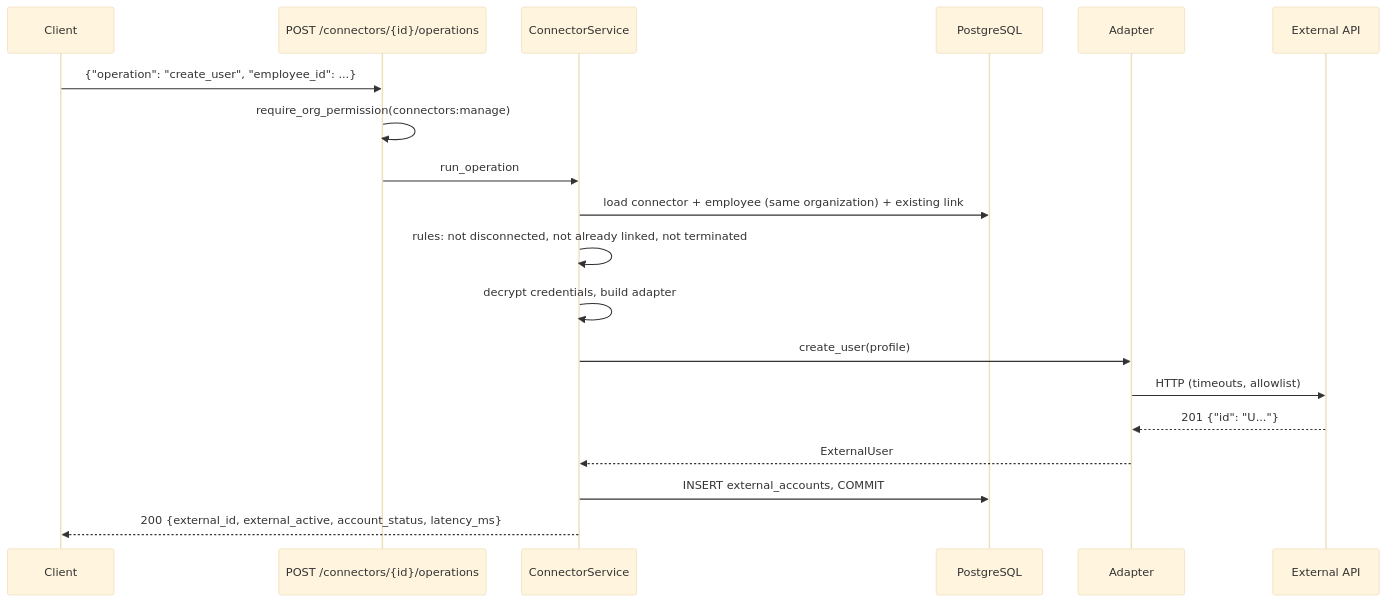
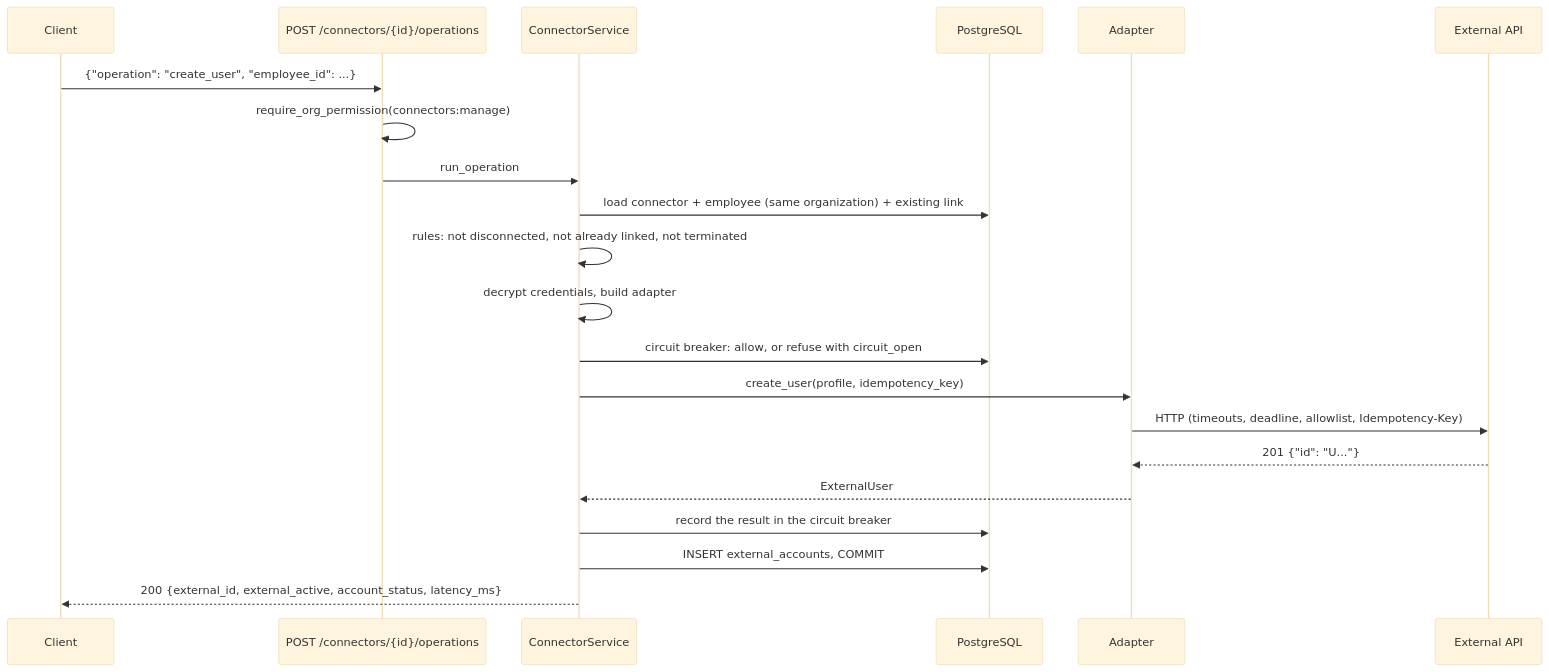
The fourth of 4 diagrams in docs/10-connector-framework.md (praneeth-srikurmadasu/syncforge), drawn with Mermaid (base theme) before and after one commit. The commit also changed other lines of this file and 22 other files, not shown here.

````diff
--- a/docs/10-connector-framework.md
+++ b/docs/10-connector-framework.md
@@ -278,22 +283,24 @@
 ```mermaid
 sequenceDiagram
     participant C as Client
     participant R as POST /connectors/{id}/operations
     participant S as ConnectorService
     participant DB as PostgreSQL
     participant A as Adapter
     participant X as External API
 
     C->>R: {"operation": "create_user", "employee_id": ...}
     R->>R: require_org_permission(connectors:manage)
     R->>S: run_operation
     S->>DB: load connector + employee (same organization) + existing link
     S->>S: rules: not disconnected, not already linked, not terminated
     S->>S: decrypt credentials, build adapter
-    S->>A: create_user(profile)
-    A->>X: HTTP (timeouts, allowlist)
+    S->>DB: circuit breaker: allow, or refuse with circuit_open
+    S->>A: create_user(profile, idempotency_key)
+    A->>X: HTTP (timeouts, deadline, allowlist, Idempotency-Key)
     X-->>A: 201 {"id": "U..."}
     A-->>S: ExternalUser
+    S->>DB: record the result in the circuit breaker
     S->>DB: INSERT external_accounts, COMMIT
     S-->>C: 200 {external_id, external_active, account_status, latency_ms}
 ```
````
